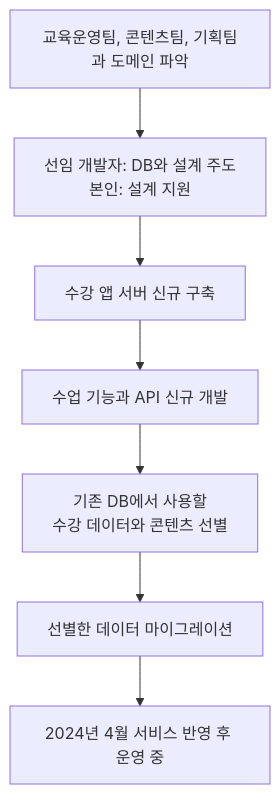
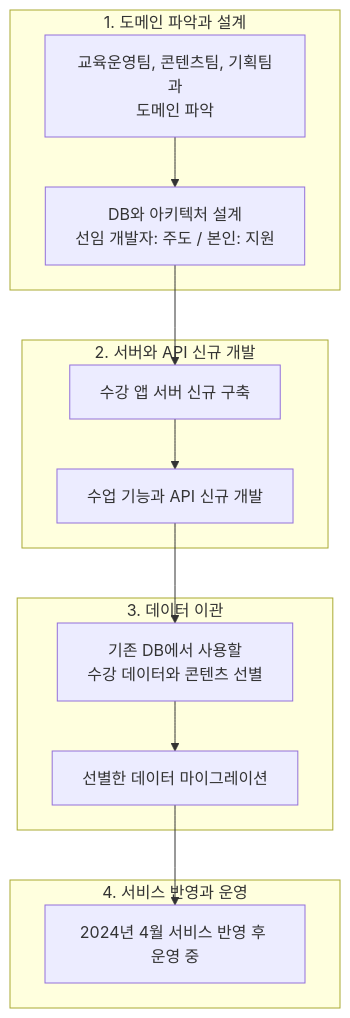
Before and after one commit to KimHG1995/work-history: the diagram in projects/education-services/class-app-server.md, drawn with Mermaid. The commit also changed 4 other files, not shown here.

Commit message:
docs: 업무 단계와 구조 전환을 구분해 Mermaid 가독성 개선

````diff
--- a/projects/education-services/class-app-server.md
+++ b/projects/education-services/class-app-server.md
@@ -47,9 +47,22 @@
 ```mermaid
 flowchart TD
-    domain["교육운영팀, 콘텐츠팀, 기획팀과 도메인 파악"] --> architecture["선임 개발자: DB와 설계 주도<br/>본인: 설계 지원"]
-    architecture --> server["수강 앱 서버 신규 구축"]
-    server --> api["수업 기능과 API 신규 개발"]
-    api --> select["기존 DB에서 사용할<br/>수강 데이터와 콘텐츠 선별"]
-    select --> migrate["선별한 데이터 마이그레이션"]
-    migrate --> operation["2024년 4월 서비스 반영 후 운영 중"]
+    subgraph Phase1["1. 도메인 파악과 설계"]
+        domain["교육운영팀, 콘텐츠팀, 기획팀과<br/>도메인 파악"] --> architecture["DB와 아키텍처 설계<br/>선임 개발자: 주도 / 본인: 지원"]
+    end
+
+    subgraph Phase2["2. 서버와 API 신규 개발"]
+        server["수강 앱 서버 신규 구축"] --> api["수업 기능과 API 신규 개발"]
+    end
+
+    subgraph Phase3["3. 데이터 이관"]
+        select["기존 DB에서 사용할<br/>수강 데이터와 콘텐츠 선별"] --> migrate["선별한 데이터 마이그레이션"]
+    end
+
+    subgraph Phase4["4. 서비스 반영과 운영"]
+        operation["2024년 4월 서비스 반영 후 운영 중"]
+    end
+
+    architecture --> server
+    api --> select
+    migrate --> operation
 ```
````
